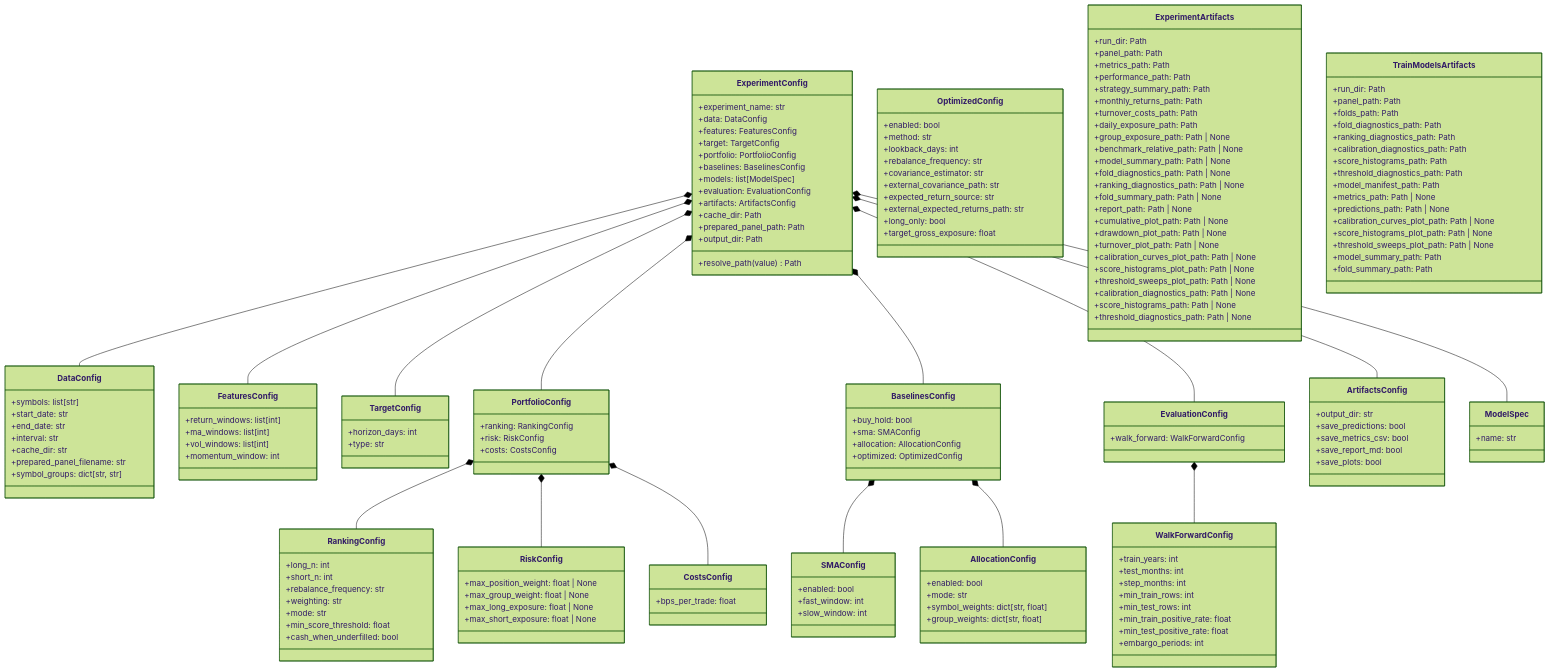
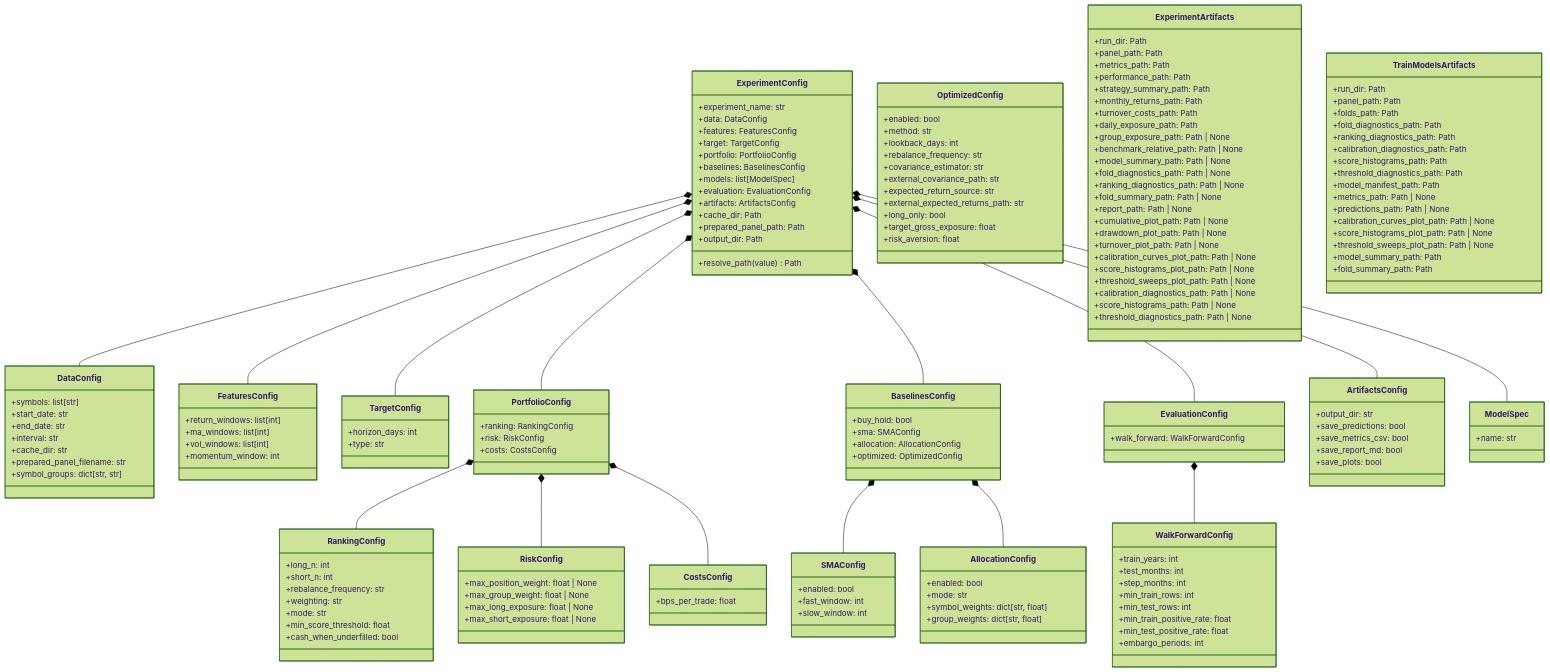
Before and after one commit to ricardogr07/market-lab: the sixth of 6 diagrams in docs/architecture.md, drawn with Mermaid (forest theme). The commit also changed other lines of this file and 1 other file, not shown here.

```diff
--- a/docs/architecture.md
+++ b/docs/architecture.md
@@ -388,6 +390,7 @@
       +external_expected_returns_path: str
       +long_only: bool
       +target_gross_exposure: float
+      +risk_aversion: float
     }
 
     class EvaluationConfig {
```
